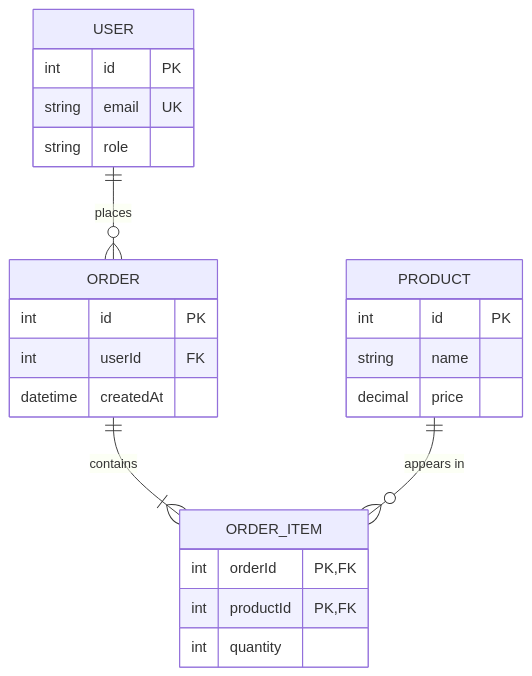
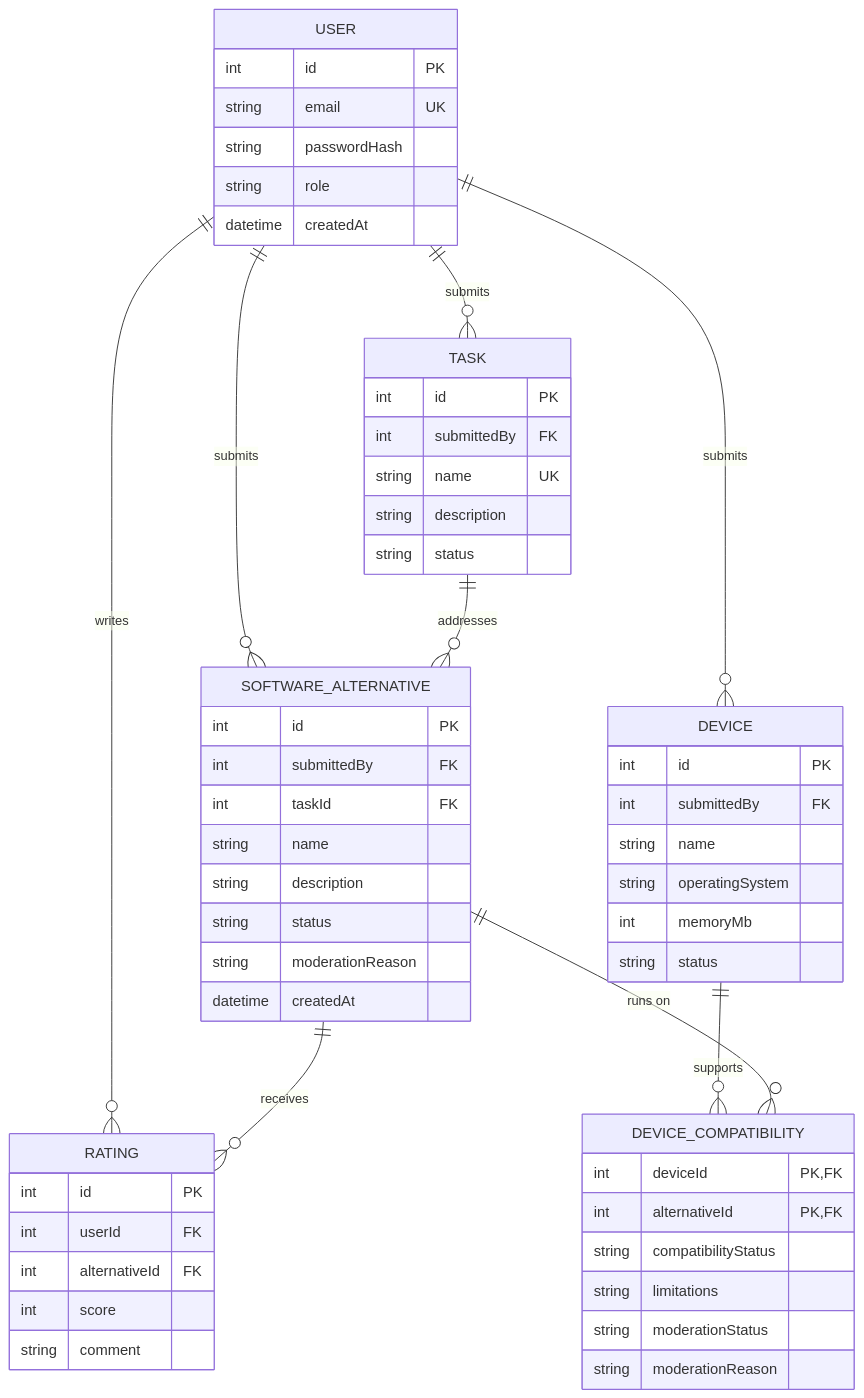
One commit to raphltr/project-raph-oilhan changed the diagram in docs/data-model.md. Above: the diagram before and after it, drawn with Mermaid. The commit also changed other lines of this file and 4 other files, not shown here.

````diff
--- a/docs/data-model.md
+++ b/docs/data-model.md
@@ -5,27 +5,59 @@
 ```mermaid
 erDiagram
-    USER ||--o{ ORDER : places
-    ORDER ||--|{ ORDER_ITEM : contains
-    PRODUCT ||--o{ ORDER_ITEM : "appears in"
+    USER ||--o{ SOFTWARE_ALTERNATIVE : submits
+    USER ||--o{ TASK : submits
+    USER ||--o{ DEVICE : submits
+    USER ||--o{ RATING : writes
+    SOFTWARE_ALTERNATIVE ||--o{ RATING : receives
+    TASK ||--o{ SOFTWARE_ALTERNATIVE : addresses
+    DEVICE ||--o{ DEVICE_COMPATIBILITY : supports
+    SOFTWARE_ALTERNATIVE ||--o{ DEVICE_COMPATIBILITY : "runs on"
 
     USER {
         int id PK
         string email UK
+        string passwordHash
         string role
+        datetime createdAt
     }
-    ORDER {
+    SOFTWARE_ALTERNATIVE {
+        int id PK
+        int submittedBy FK
+        int taskId FK
+        string name
+        string description
+        string status
+        string moderationReason
+        datetime createdAt
+    }
+    TASK {
+        int id PK
+        int submittedBy FK
+        string name UK
+        string description
+        string status
+    }
+    DEVICE {
+        int id PK
+        int submittedBy FK
+        string name
+        string operatingSystem
+        int memoryMb
+        string status
+    }
+    DEVICE_COMPATIBILITY {
+        int deviceId PK, FK
+        int alternativeId PK, FK
+        string compatibilityStatus
+        string limitations
+        string moderationStatus
+        string moderationReason
+    }
+    RATING {
         int id PK
         int userId FK
-        datetime createdAt
-    }
-    ORDER_ITEM {
-        int orderId PK, FK
-        int productId PK, FK
-        int quantity
-    }
-    PRODUCT {
-        int id PK
-        string name
-        decimal price
+        int alternativeId FK
+        int score
+        string comment
     }
 ```
````
